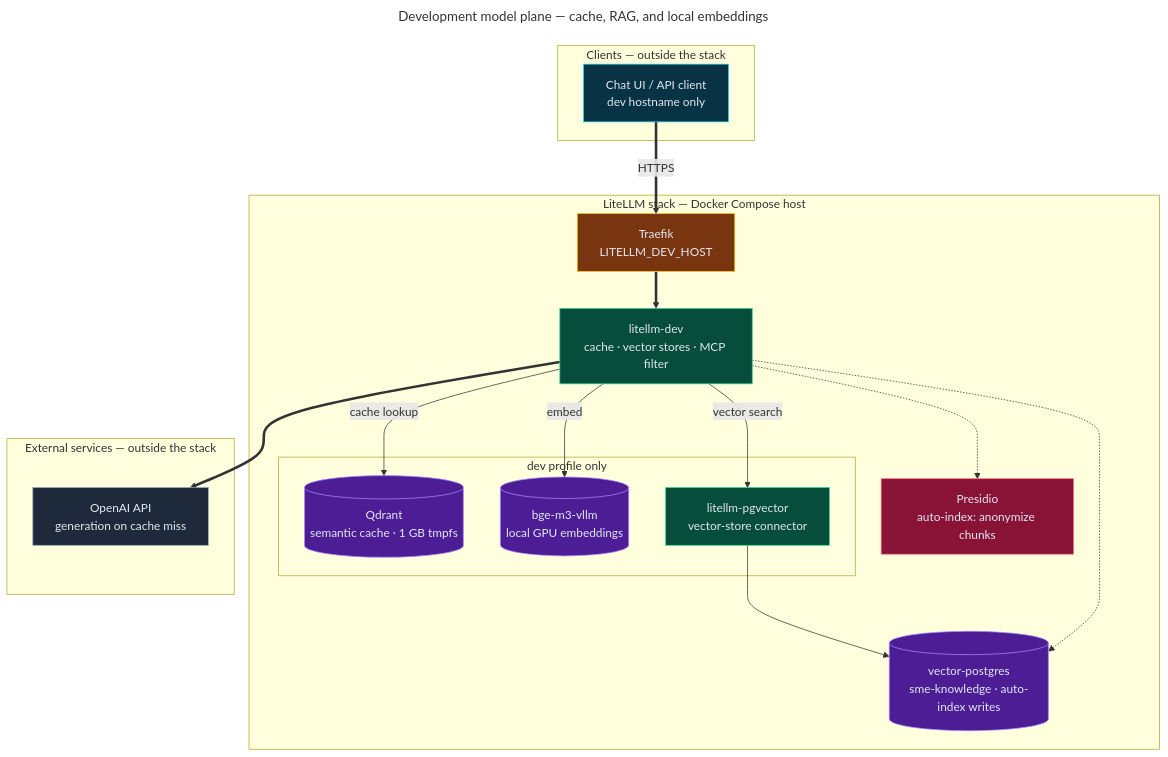
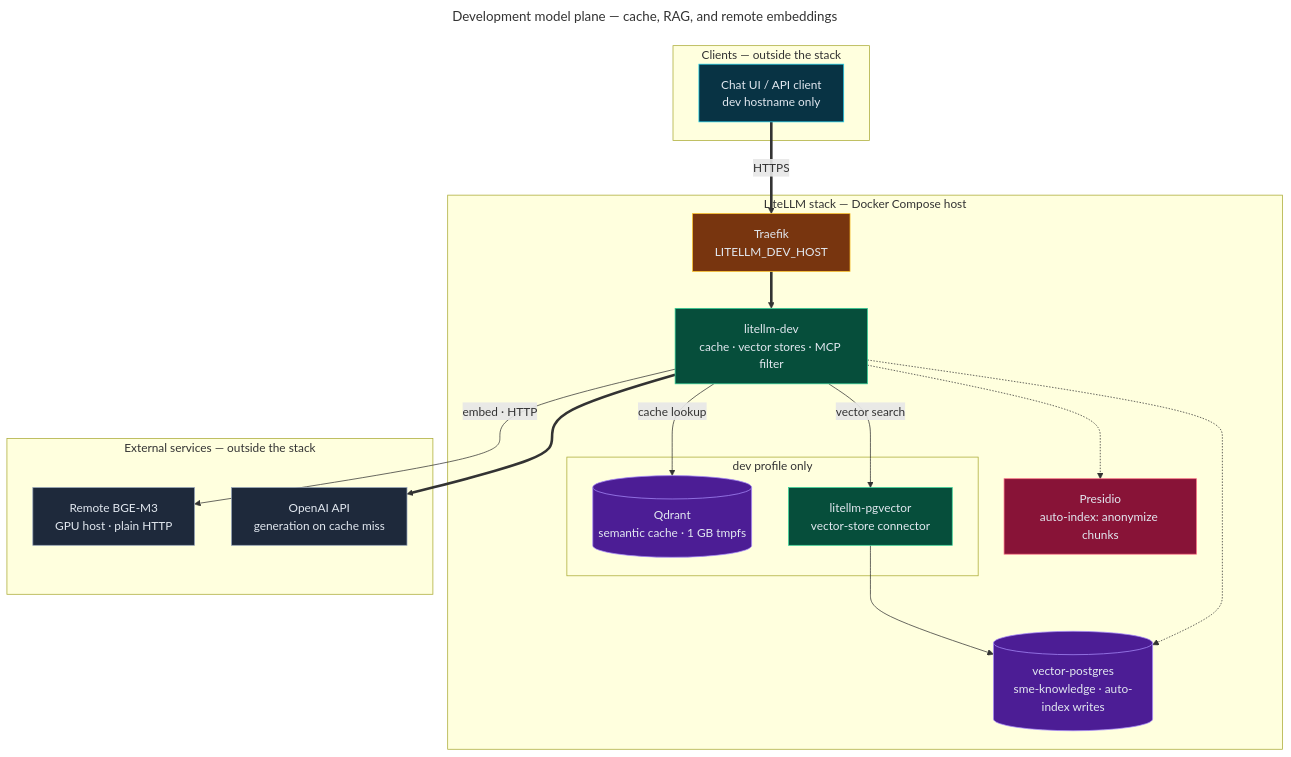
One commit to bella-1337/effective-spoon changed the diagram in diagrams/07-dev-model-plane.mmd. Above: the diagram before and after it, drawn with Mermaid. The commit also changed 46 other files, not shown here.

First line of the commit message:
Serve D3-mini and BGE-M3 from a separate GPU host stack

```diff
--- a/diagrams/07-dev-model-plane.mmd
+++ b/diagrams/07-dev-model-plane.mmd
@@ -1,55 +1,55 @@
 ---
-title: Development model plane — cache, RAG, and local embeddings
+title: Development model plane — cache, RAG, and remote embeddings
 ---
 flowchart TD
   %% Source for 07-dev-model-plane.html. Edit this file, then run ./scripts/render-diagrams.py.
   %% Directives: docs in diagrams/README.md (Updating diagrams).
   %% @mode architecture
-  %% @subtitle Dev-only services that give LiteLLM a semantic cache, a pgvector knowledge store, and local BGE-M3 embeddings
+  %% @subtitle Dev-only services that give LiteLLM a semantic cache and a pgvector knowledge store, with BGE-M3 embeddings from the remote GPU host
   %% @card cyan | Semantic cache | Opt-in per request with cache.use-cache | Hit when cosine similarity is at least 0.92, scoped per end user | Qdrant runs on tmpfs, so recreating it deletes every entry
   %% @card violet | Knowledge store | sme-knowledge lives in vector-postgres (1,024-dim HNSW) | Search goes through BerriAI's litellm-pgvector connector | Opt-in Xberg auto-indexing anonymizes chunks with Presidio first
-  %% @card rose | Scope | Qdrant, BGE-M3, and the connector run only in the dev profile | Production lists no vector store and no semantic cache | Promote capabilities through the dev-to-prod register
+  %% @card rose | Scope | Qdrant and the connector run only in the dev profile; only litellm-dev calls BGE-M3, over plain HTTP | Production lists no vector store and no semantic cache | Promote capabilities through the dev-to-prod register
   %% @tier 0: CU
   %% @tier 1: TR
   %% @tier 2: LD
-  %% @tier 3: QD BGE CON
+  %% @tier 3: QD CON
   %% @tier 4: PR VP
-  %% @tier 5: OAI
+  %% @tier 5: BGE OAI
   %% @journey #22d3ee: CU TR LD QD
   %% @journey #a78bfa: LD CON VP
   %% @journey #34d399: LD OAI
 
   subgraph CL["Clients — outside the stack"]
     CU["Chat UI / API client<br/>dev hostname only"]:::frontend
   end
   subgraph ST["LiteLLM stack — Docker Compose host"]
     TR["Traefik<br/>LITELLM_DEV_HOST"]:::cloud
     LD["litellm-dev<br/>cache · vector stores · MCP filter"]:::backend
     PR["Presidio<br/>auto-index: anonymize chunks"]:::security
     VP[("vector-postgres<br/>sme-knowledge · auto-index writes")]:::database
     subgraph DEV["dev profile only"]
       QD[("Qdrant<br/>semantic cache · 1 GB tmpfs")]:::database
-      BGE[("bge-m3-vllm<br/>local GPU embeddings")]:::database
       CON["litellm-pgvector<br/>vector-store connector"]:::backend
     end
   end
   subgraph EX["External services — outside the stack"]
+    BGE["Remote BGE-M3<br/>GPU host · plain HTTP"]:::external
     OAI["OpenAI API<br/>generation on cache miss"]:::external
   end
 
   CU ==>|"HTTPS"| TR
   TR ==> LD
   LD -->|"cache lookup"| QD
-  LD -->|"embed"| BGE
+  LD -->|"embed · HTTP"| BGE
   LD -->|"vector search"| CON
   CON --> VP
   LD -.-> PR
   LD -.-> VP
   LD ==> OAI
 
   classDef backend fill:#064e3b,stroke:#34d399,color:#e2e8f0
   classDef cloud fill:#78350f,stroke:#fbbf24,color:#e2e8f0
   classDef database fill:#4c1d95,stroke:#a78bfa,color:#e2e8f0
   classDef external fill:#1e293b,stroke:#94a3b8,color:#e2e8f0
   classDef frontend fill:#083344,stroke:#22d3ee,color:#e2e8f0
   classDef security fill:#881337,stroke:#fb7185,color:#e2e8f0
```
